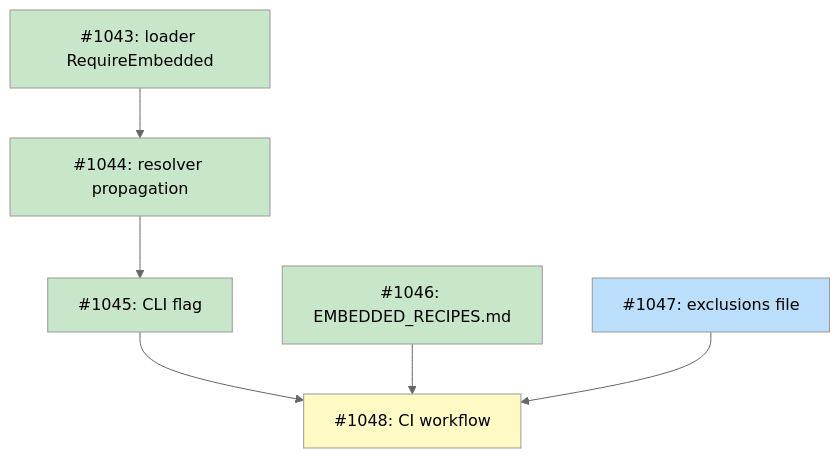
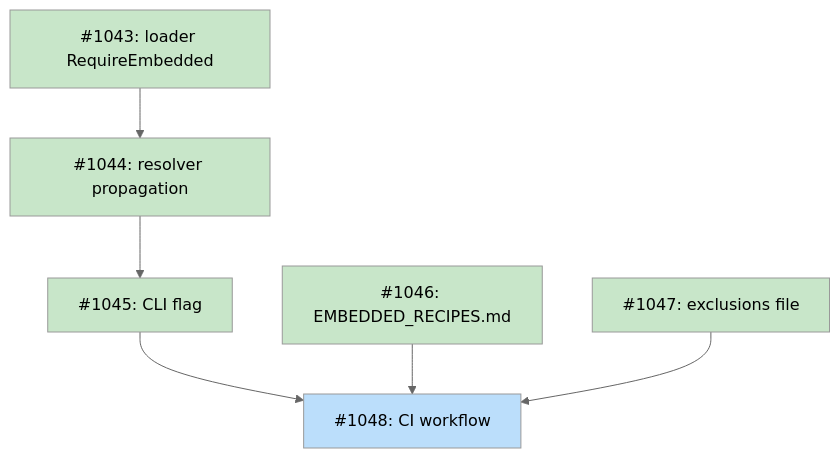
Before and after one commit to tsukumogami/tsuku: the diagram in docs/designs/DESIGN-embedded-recipe-list.md, drawn with Mermaid (neutral theme).

Commit message:
docs: mark issue #1047 as done in design doc

````diff
--- a/docs/designs/DESIGN-embedded-recipe-list.md
+++ b/docs/designs/DESIGN-embedded-recipe-list.md
@@ -25,23 +25,22 @@
 ```mermaid
 graph TD
     1043["#1043: loader RequireEmbedded"]
     1044["#1044: resolver propagation"]
     1045["#1045: CLI flag"]
     1046["#1046: EMBEDDED_RECIPES.md"]
     1047["#1047: exclusions file"]
     1048["#1048: CI workflow"]
 
     1043 --> 1044
     1044 --> 1045
     1045 --> 1048
     1046 --> 1048
     1047 --> 1048
 
     classDef done fill:#c8e6c9
     classDef ready fill:#bbdefb
     classDef blocked fill:#fff9c4
 
-    class 1043,1044,1045,1046 done
-    class 1047 ready
-    class 1048 blocked
+    class 1043,1044,1045,1046,1047 done
+    class 1048 ready
 ```
````
